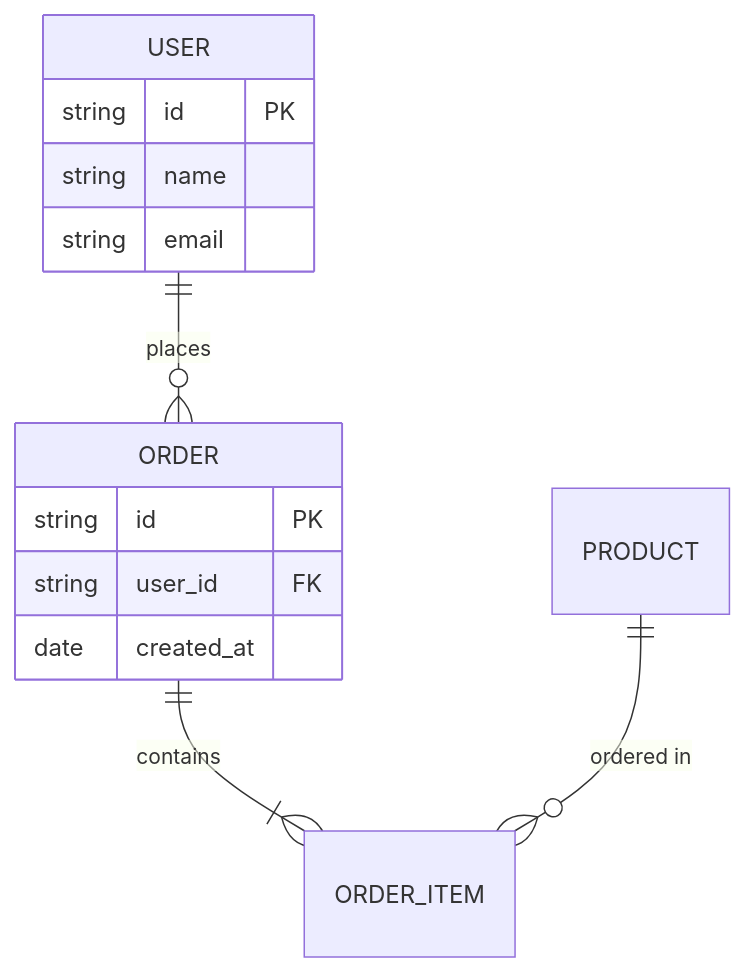
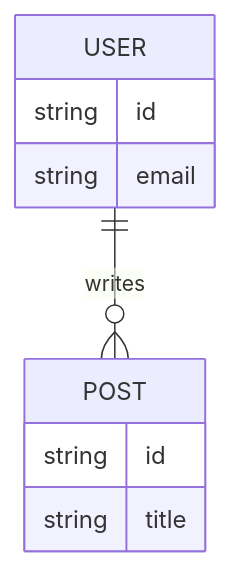
The fifth of 10 diagrams in canvas/references/diagram-templates.md (belinwu/simota-skills), drawn with Mermaid before and after one commit. The commit also changed other lines of this file and 13 other files, not shown here.

````diff
--- a/canvas/references/diagram-templates.md
+++ b/canvas/references/diagram-templates.md
@@ -117,17 +69,12 @@
 ```mermaid
 erDiagram
-    USER ||--o{ ORDER : places
-    ORDER ||--|{ ORDER_ITEM : contains
-    PRODUCT ||--o{ ORDER_ITEM : "ordered in"
-
+    USER ||--o{ POST : writes
     USER {
-        string id PK
-        string name
-        string email
+      string id
+      string email
     }
-    ORDER {
-        string id PK
-        string user_id FK
-        date created_at
+    POST {
+      string id
+      string title
     }
 ```
````
